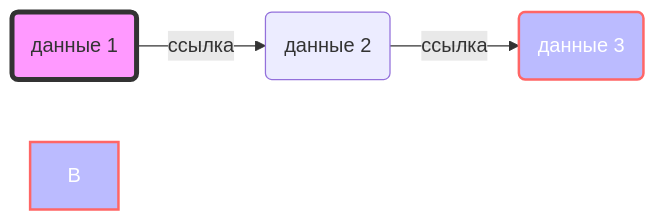
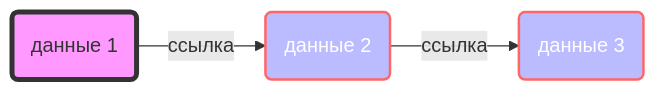
The diagram in README.md (hamster-i/list), drawn with Mermaid before and after one commit.

````diff
--- a/README.md
+++ b/README.md
@@ -7,9 +7,9 @@
    ```mermaid
    graph LR;
-    A(данные 1)--ссылка-->В(данные 2)--ссылка-->C(данные 3);
+    A(данные 1)--ссылка-->B(данные 2)--ссылка-->C(данные 3);
 	
 	%% Настройка цветов:
     style A fill:#f9f,stroke:#333,stroke-width:4px
     style B fill:#bbf,stroke:#f66,stroke-width:2px,color:#fff
 	style C fill:#bbf,stroke:#f66,stroke-width:2px,color:#fff
    ```
````
